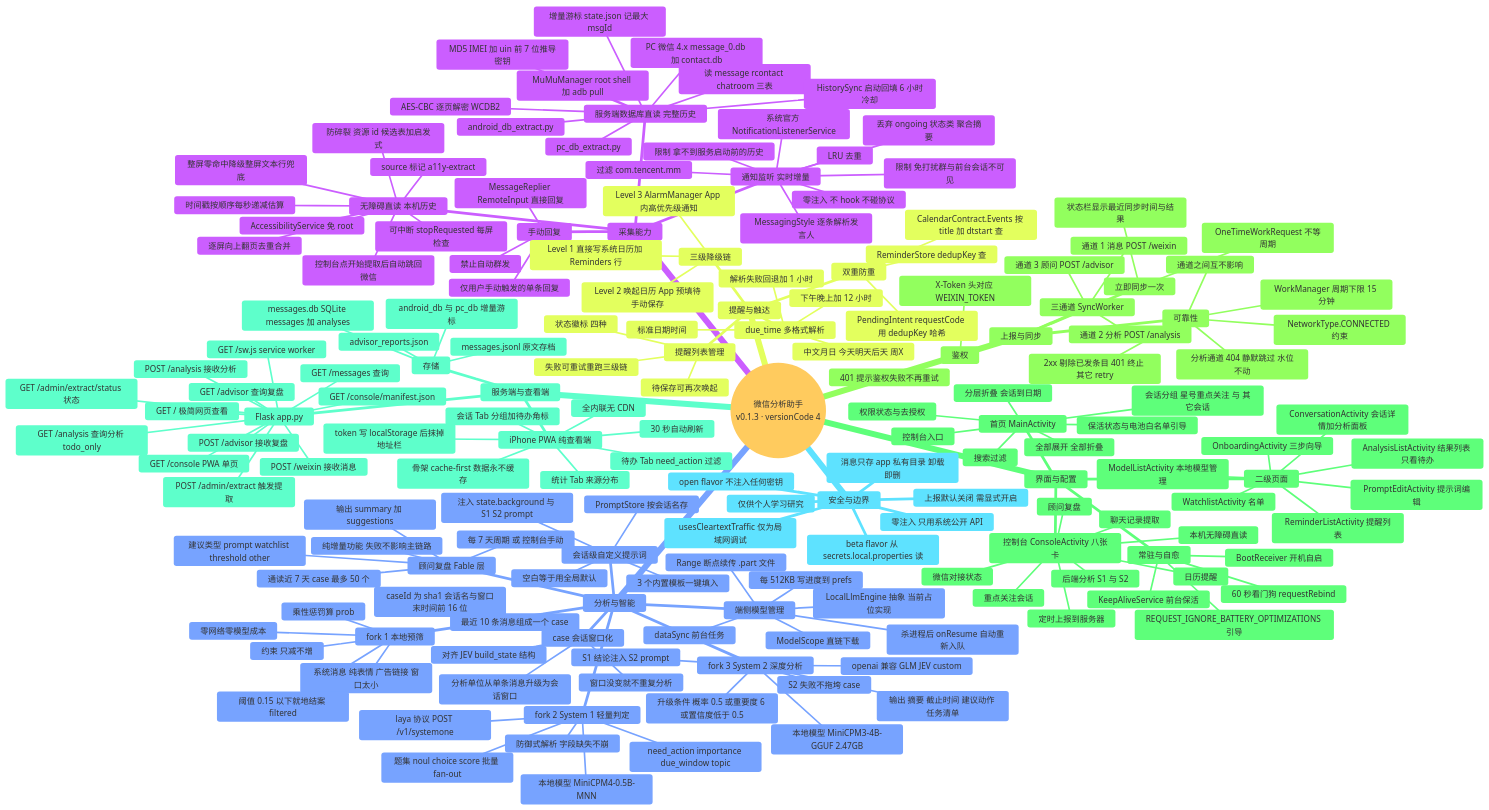
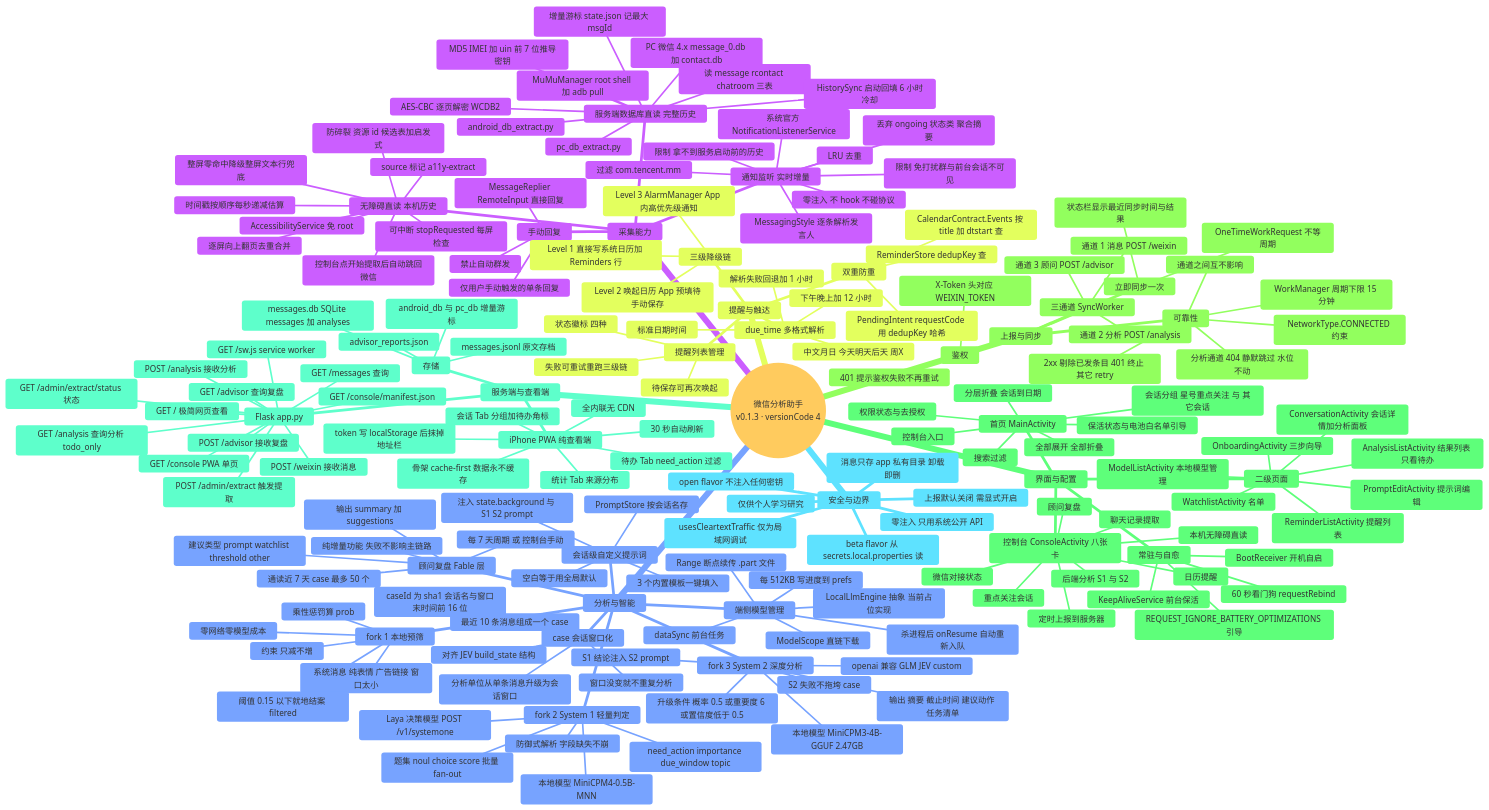
Before and after one commit to solidjoker/notifyme: the diagram in docs/architecture/diagrams/06-feature-map.mmd, drawn with Mermaid. The commit also changed 5 other files, not shown here.

```diff
--- a/docs/architecture/diagrams/06-feature-map.mmd
+++ b/docs/architecture/diagrams/06-feature-map.mmd
@@ -1,181 +1,181 @@
 %%{init: {'theme':'base','themeVariables':{'fontSize':'15px','fontFamily':'Microsoft YaHei, PingFang SC, sans-serif'}}}%%
 mindmap
   root((微信分析助手<br/>v0.1.3 · versionCode 4))
     采集能力
       通知监听 实时增量
         系统官方 NotificationListenerService
         零注入 不 hook 不碰协议
         过滤 com.tencent.mm
         丢弃 ongoing 状态类 聚合摘要
         MessagingStyle 逐条解析发言人
         LRU 去重
         限制 免打扰群与前台会话不可见
         限制 拿不到服务启动前的历史
       无障碍直读 本机历史
         AccessibilityService 免 root
         控制台点开始提取后自动跳回微信
         逐屏向上翻页去重合并
         防碎裂 资源 id 候选表加启发式
         整屏零命中降级整屏文本行兜底
         时间戳按顺序每秒递减估算
         source 标记 a11y-extract
         可中断 stopRequested 每屏检查
       服务端数据库直读 完整历史
         android_db_extract.py
         MD5 IMEI 加 uin 前 7 位推导密钥
         AES-CBC 逐页解密 WCDB2
         MuMuManager root shell 加 adb pull
         读 message rcontact chatroom 三表
         pc_db_extract.py
         PC 微信 4.x message_0.db 加 contact.db
         增量游标 state.json 记最大 msgId
         HistorySync 启动回填 6 小时冷却
       手动回复
         MessageReplier RemoteInput 直接回复
         仅用户手动触发的单条回复
         禁止自动群发
     分析与智能
       case 会话窗口化
         分析单位从单条消息升级为会话窗口
         最近 10 条消息组成一个 case
         caseId 为 sha1 会话名与窗口末时间前 16 位
         窗口没变就不重复分析
         对齐 JEV build_state 结构
       fork 1 本地预筛
         零网络零模型成本
         系统消息 纯表情 广告链接 窗口太小
         乘性惩罚算 prob
         阈值 0.15 以下就地结案 filtered
         约束 只减不增
       fork 2 System 1 轻量判定
-        laya 协议 POST /v1/systemone
+        Laya 决策模型 POST /v1/systemone
         题集 noul choice score 批量 fan-out
         need_action importance due_window topic
         本地模型 MiniCPM4-0.5B-MNN
         防御式解析 字段缺失不崩
       fork 3 System 2 深度分析
         升级条件 概率 0.5 或重要度 6 或置信度低于 0.5
         S1 结论注入 S2 prompt
         openai 兼容 GLM JEV custom
         本地模型 MiniCPM3-4B-GGUF 2.47GB
         输出 摘要 截止时间 建议动作 任务清单
         S2 失败不拖垮 case
       会话级自定义提示词
         PromptStore 按会话名存
         3 个内置模板一键填入
         注入 state.background 与 S1 S2 prompt
         空白等于用全局默认
       顾问复盘 Fable 层
         通读近 7 天 case 最多 50 个
         输出 summary 加 suggestions
         建议类型 prompt watchlist threshold other
         每 7 天周期 或 控制台手动
         纯增量功能 失败不影响主链路
       端侧模型管理
         ModelScope 直链下载
         Range 断点续传 .part 文件
         dataSync 前台任务
         每 512KB 写进度到 prefs
         杀进程后 onResume 自动重新入队
         LocalLlmEngine 抽象 当前占位实现
     提醒与触达
       三级降级链
         Level 1 直接写系统日历加 Reminders 行
         Level 2 唤起日历 App 预填待手动保存
         Level 3 AlarmManager App 内高优先级通知
       双重防重
         ReminderStore dedupKey 查
         CalendarContract.Events 按 title 加 dtstart 查
         PendingIntent requestCode 用 dedupKey 哈希
       due_time 多格式解析
         标准日期时间
         中文月日 今天明天后天 周X
         下午晚上加 12 小时
         解析失败回退加 1 小时
       提醒列表管理
         状态徽标 四种
         待保存可再次唤起
         失败可重试重跑三级链
     上报与同步
       三通道 SyncWorker
         通道 1 消息 POST /weixin
         通道 2 分析 POST /analysis
         通道 3 顾问 POST /advisor
       可靠性
         WorkManager 周期下限 15 分钟
         NetworkType.CONNECTED 约束
         2xx 剔除已发条目 401 终止 其它 retry
         分析通道 404 静默跳过 水位不动
         通道之间互不影响
       鉴权
         X-Token 头对应 WEIXIN_TOKEN
         401 提示鉴权失败不再重试
       立即同步一次
         OneTimeWorkRequest 不等周期
         状态栏显示最近同步时间与结果
     界面与配置
       首页 MainActivity
         会话分组 星号重点关注 与 其它会话
         分层折叠 会话到日期
         搜索过滤
         全部展开 全部折叠
         权限状态与去授权
         保活状态与电池白名单引导
         控制台入口
       控制台 ConsoleActivity 八张卡
         微信对接状态
         重点关注会话
         定时上报到服务器
         聊天记录提取
         本机无障碍直读
         后端分析 S1 与 S2
         顾问复盘
         日历提醒
       二级页面
         WatchlistActivity 名单
         ConversationActivity 会话详情加分析面板
         AnalysisListActivity 结果列表 只看待办
         ReminderListActivity 提醒列表
         PromptEditActivity 提示词编辑
         ModelListActivity 本地模型管理
         OnboardingActivity 三步向导
       常驻与自愈
         KeepAliveService 前台保活
         60 秒看门狗 requestRebind
         BootReceiver 开机自启
         REQUEST_IGNORE_BATTERY_OPTIMIZATIONS 引导
     服务端与查看端
       Flask app.py
         POST /weixin 接收消息
         GET /messages 查询
         POST /analysis 接收分析
         GET /analysis 查询分析 todo_only
         POST /advisor 接收复盘
         GET /advisor 查询复盘
         POST /admin/extract 触发提取
         GET /admin/extract/status 状态
         GET / 极简网页查看
         GET /console PWA 单页
         GET /console/manifest.json
         GET /sw.js service worker
       存储
         messages.jsonl 原文存档
         messages.db SQLite messages 加 analyses
         advisor_reports.json
         android_db 与 pc_db 增量游标
       iPhone PWA 纯查看端
         会话 Tab 分组加待办角标
         待办 Tab need_action 过滤
         统计 Tab 来源分布
         30 秒自动刷新
         全内联无 CDN
         骨架 cache-first 数据永不缓存
         token 写 localStorage 后抹掉地址栏
     安全与边界
       零注入 只用系统公开 API
       消息只存 app 私有目录 卸载即删
       上报默认关闭 需显式开启
       open flavor 不注入任何密钥
       beta flavor 从 secrets.local.properties 读
       usesCleartextTraffic 仅为局域网调试
       仅供个人学习研究
```
